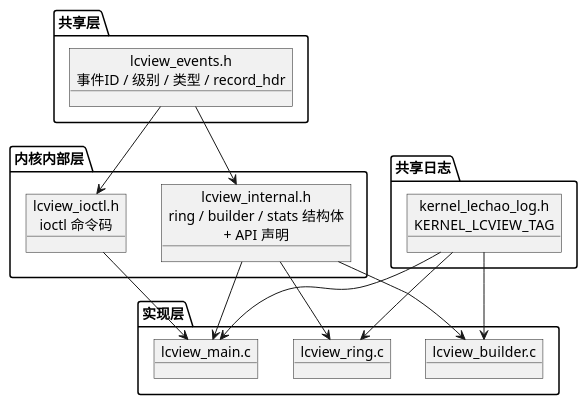
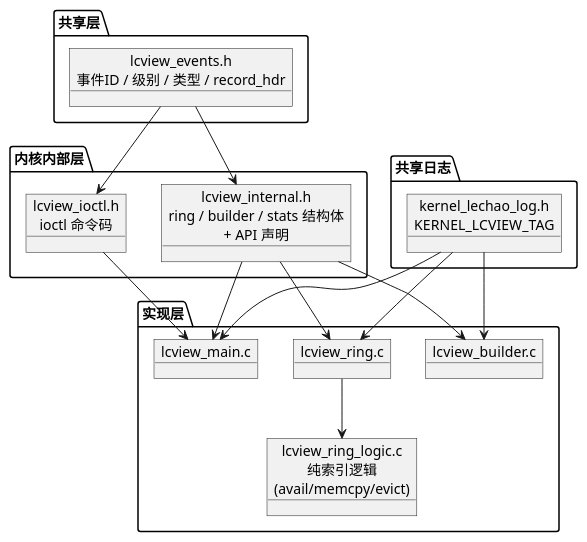
Before and after one commit to lechao365/AndroidSystemEnhance: the eighth of 16 diagrams in docs/01-打点增强/01.01-内核态增强-lcview-kernel.md, drawn with PlantUML. The commit also changed other lines of this file and 199 other files, not shown here.

````diff
--- a/docs/01-打点增强/01.01-内核态增强-lcview-kernel.md
+++ b/docs/01-打点增强/01.01-内核态增强-lcview-kernel.md
@@ -316,34 +323,36 @@
 ```plantuml
 @startuml
 package "共享层" as shared {
     object "lcview_events.h\n事件ID / 级别 / 类型 / record_hdr" as EVENTS
 }
 
 package "内核内部层" as internal {
     object "lcview_internal.h\nring / builder / stats 结构体\n+ API 声明" as INT
     object "lcview_ioctl.h\nioctl 命令码" as IOCTL
 }
 
 package "实现层" as impl {
     object "lcview_builder.c" as BUILDER
     object "lcview_ring.c" as RINGC
+    object "lcview_ring_logic.c\n纯索引逻辑\n(avail/memcpy/evict)" as RINGLOGIC
     object "lcview_main.c" as MAIN
 }
 
 package "共享日志" as log {
     object "kernel_lechao_log.h\nKERNEL_LCVIEW_TAG" as LOGH
 }
 
 EVENTS --> INT
 EVENTS --> IOCTL
 
 INT --> BUILDER
 INT --> RINGC
 INT --> MAIN
 
+RINGC --> RINGLOGIC
 IOCTL --> MAIN
 LOGH --> BUILDER
 LOGH --> RINGC
 LOGH --> MAIN
 @enduml
 ```
````
